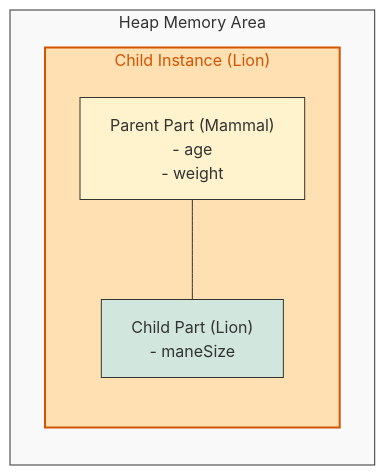
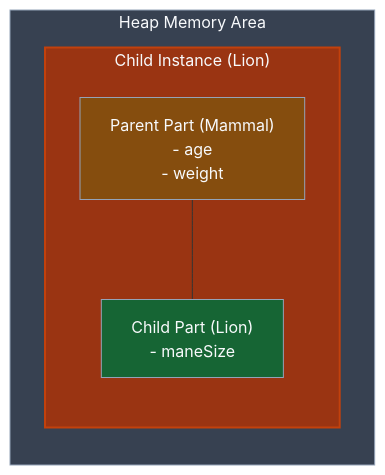
The second of 3 diagrams in _posts/java/05-Inheritance/2026-01-04-상속-개요.md (Kang-Hyesung/kang-hyesung.github.io), drawn with Mermaid before and after one commit. The commit also changed other lines of this file and 74 other files, not shown here.

Commit message:
docs: update post visibility and mermaid colors

````diff
--- a/_posts/java/05-Inheritance/2026-01-04-상속-개요.md
+++ b/_posts/java/05-Inheritance/2026-01-04-상속-개요.md
@@ -63,19 +63,19 @@
 ```mermaid
 graph TD
     subgraph HeapMemory ["Heap Memory Area"]
         direction TB
         subgraph ChildInstance ["Child Instance (Lion)"]
             direction TB
             ParentPart["Parent Part (Mammal)<br/>- age<br/>- weight"]
             ChildPart["Child Part (Lion)<br/>- maneSize"]
             
             ParentPart --- ChildPart
         end
     end
 
-    style HeapMemory fill:#f9f9f9,stroke:#333
-    style ChildInstance fill:#ffe0b2,stroke:#d35400,stroke-width:2px,color:#d35400
-    style ParentPart fill:#fff3cd,stroke:#333
-    style ChildPart fill:#d1e7dd,stroke:#333
+    style HeapMemory fill:#374151,stroke:#94a3b8,color:#f8fafc
+    style ChildInstance fill:#9a3412,stroke:#c2410c,stroke-width:2px,color:#f8fafc
+    style ParentPart fill:#854d0e,stroke:#94a3b8,color:#f8fafc
+    style ChildPart fill:#166534,stroke:#94a3b8,color:#f8fafc
 
 ```
````
